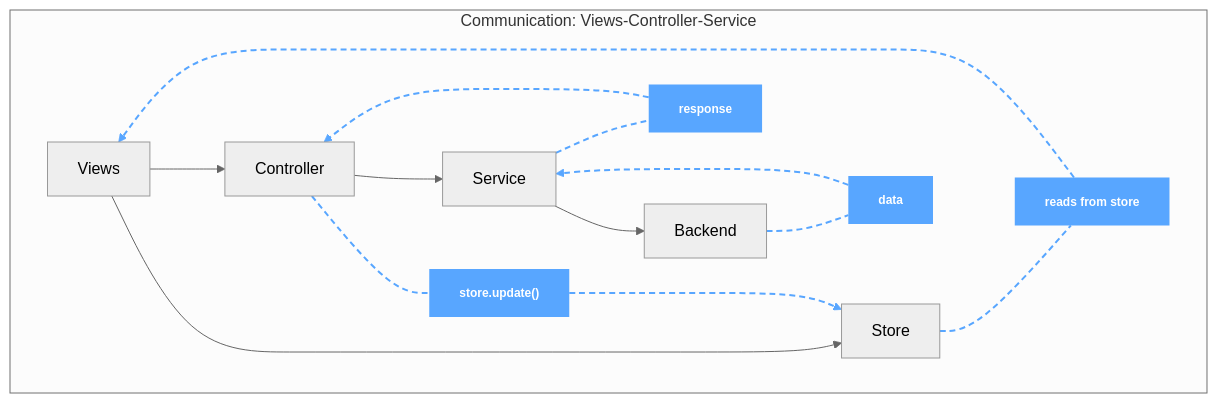
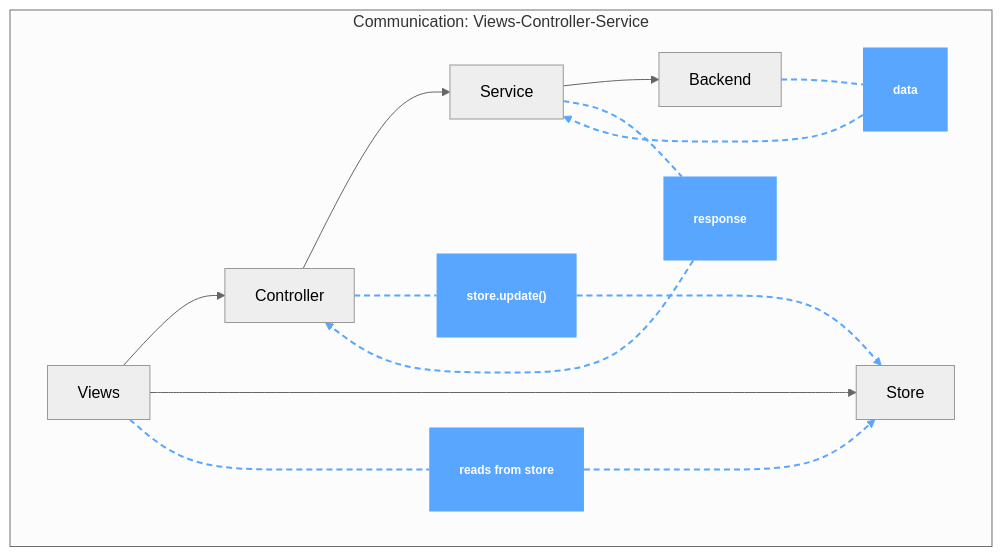
The diagram in design/logs/Architecture.md (yan-nick-91/vue_todo_with_mock_db), drawn with Mermaid (neutral theme) before and after one commit. The commit also changed other lines of this file, not shown here.

````diff
--- a/design/logs/Architecture.md
+++ b/design/logs/Architecture.md
@@ -63,34 +63,31 @@
 ```mermaid
-%%{init: {"flowchart": {"htmlLabels": false}} }%%
 flowchart LR
-
     %% Heen route zonder labels (standaard pijlen)
     Views --> Controller
     Views --> Store
     Controller --> Service
     Service --> Backend
 
     %% Retour route als aparte nodes en rechte verbindingen
     subgraph Communication: Views-Controller-Service
       direction LR
       Backend --- DataLabel ---> Service
       Service --- ResponseLabel ---> Controller
       Controller --- StoreUpdateLabel ---> Store
-      Store --- ReactiveLabel ---> Views
+      Views --- ReactiveLabel ---> Store
     end
 
     %% Label nodes met tekst
     DataLabel["data"]
     ResponseLabel["response"]
     StoreUpdateLabel["store.update()"]
     ReactiveLabel["reads from store"]
 
     %% Style label nodes
     class DataLabel,ResponseLabel,StoreUpdateLabel,ReactiveLabel labelStyle;
 
     classDef labelStyle fill:#58a6ff,stroke:none,color:#fff,font-weight:bold,font-size:12px,border-radius:4px,padding:4px;
 
     %% Gestippelde stijl voor retourroute (inclusief Store → Views)
     linkStyle 4,5,6,7,8,9,10,11 stroke:#58a6ff, stroke-width:2px, stroke-dasharray: 6 4, fill:none
-
 ```
````
